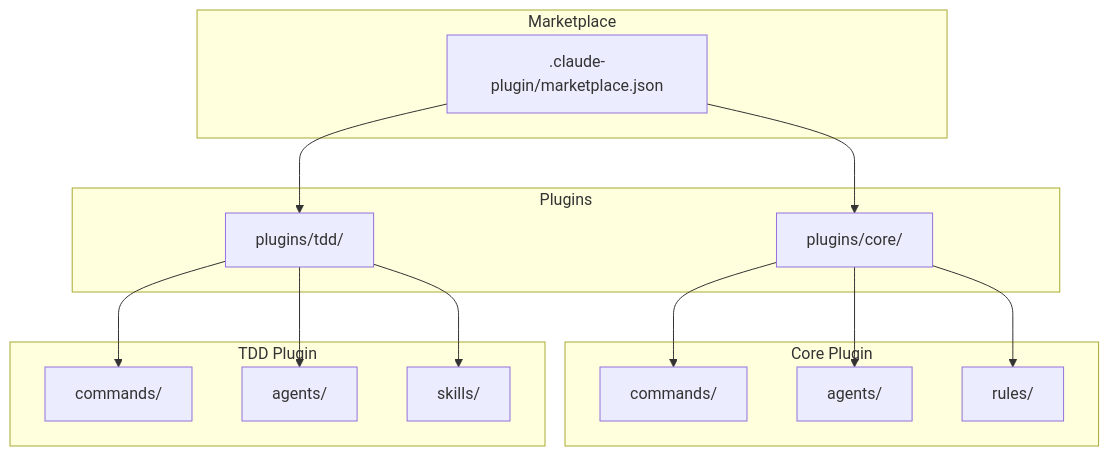
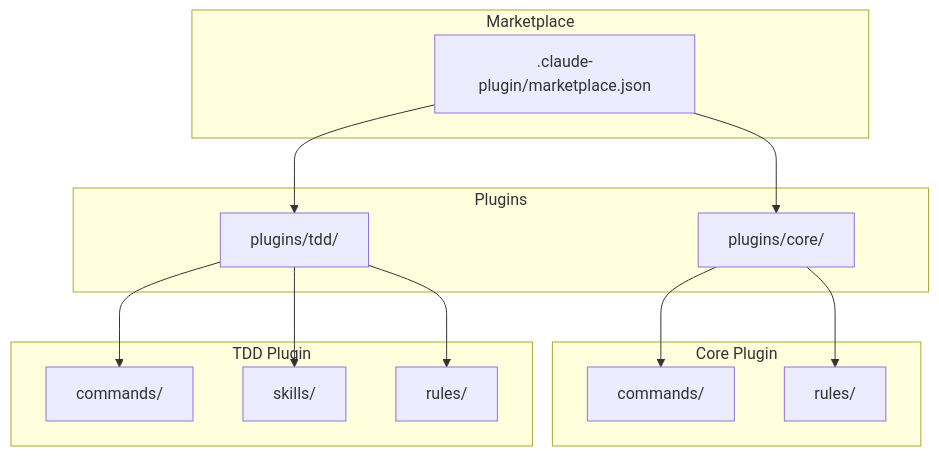
The first of 3 diagrams in doc/specs/developer-guide/architecture.md (qmu/workaholic), drawn with Mermaid before and after one commit. The commit also changed other lines of this file and 7 other files, not shown here.

````diff
--- a/doc/specs/developer-guide/architecture.md
+++ b/doc/specs/developer-guide/architecture.md
@@ -14,28 +14,26 @@
 ```mermaid
 flowchart TD
     subgraph Marketplace
         M[.claude-plugin/marketplace.json]
     end
     subgraph Plugins
         P1[plugins/core/]
         P2[plugins/tdd/]
     end
     subgraph Core Plugin
         C1[commands/]
-        C2[agents/]
-        C3[rules/]
+        C2[rules/]
     end
     subgraph TDD Plugin
         T1[commands/]
-        T2[agents/]
-        T3[skills/]
+        T2[skills/]
+        T3[rules/]
     end
     M --> P1
     M --> P2
     P1 --> C1
     P1 --> C2
-    P1 --> C3
     P2 --> T1
     P2 --> T2
     P2 --> T3
 ```
````
